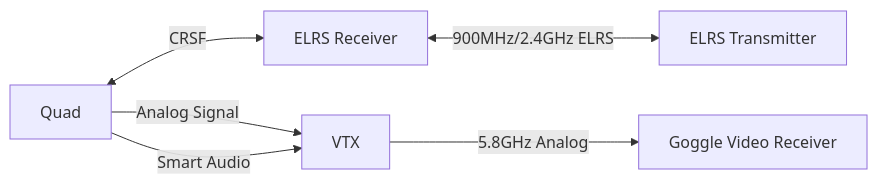
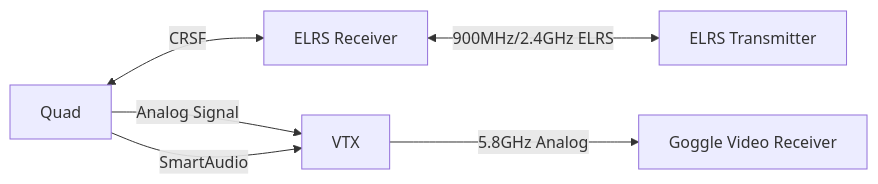
Before and after one commit to betaflight/betaflight.com: the diagram in docs/development/mdx-reference.md, drawn with Mermaid. The commit also changed 72 other files, not shown here.

First line of the commit message:
Capitalise DShot, FrSky, HDZero, SmartAudio consistently (#344)

````diff
--- a/docs/development/mdx-reference.md
+++ b/docs/development/mdx-reference.md
@@ -187,6 +187,6 @@
 ```mermaid
 graph LR;
 	Quad <-- CRSF --> id1[ELRS Receiver] <-- 900MHz/2.4GHz ELRS --> id2[ELRS Transmitter];
 	Quad -- Analog Signal --> VTX -- 5.8GHz Analog --> id3[Goggle Video Receiver];
-	Quad -- Smart Audio --> VTX;
+	Quad -- SmartAudio --> VTX;
 ```
````
